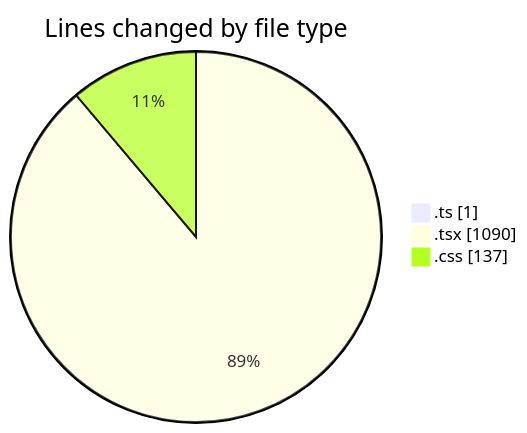
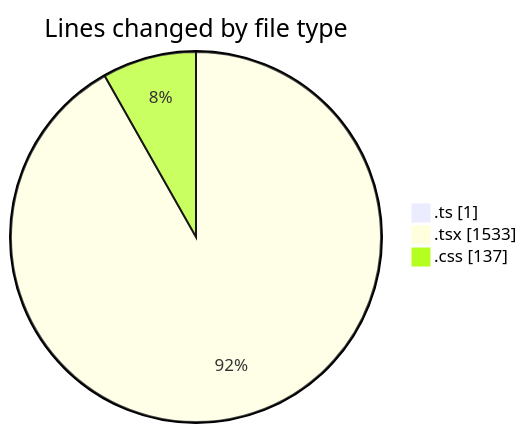
One commit to robertbonfada/code-tracking changed the first of 2 diagrams in 2025-01-31/audiobooks-web/README.md. Above: the diagram before and after it, drawn with Mermaid. The commit also changed other lines of this file and 1 other file, not shown here.

````diff
--- a/2025-01-31/audiobooks-web/README.md
+++ b/2025-01-31/audiobooks-web/README.md
@@ -27,7 +28,7 @@
 ```mermaid
 pie showData
 title Lines changed by file type
 ".ts" : 1
-".tsx" : 1090
+".tsx" : 1533
 ".css" : 137
 ```
````
